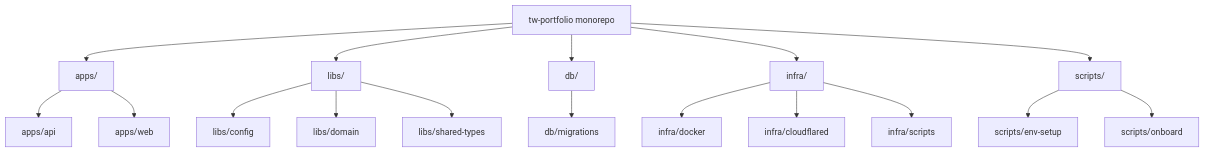
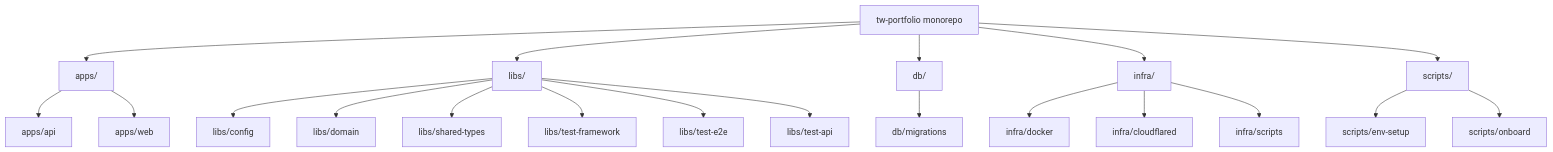
The first of 8 diagrams in docs/001-architecture/architecture.md (kzokv/tw-portfolio), drawn with Mermaid before and after one commit. The commit also changed other lines of this file and 15 other files, not shown here.

````diff
--- a/docs/001-architecture/architecture.md
+++ b/docs/001-architecture/architecture.md
@@ -9,25 +9,28 @@
 ```mermaid
 graph TD
   ROOT[tw-portfolio monorepo]
   ROOT --> APPS[apps/]
   ROOT --> LIBS[libs/]
   ROOT --> DB[db/]
   ROOT --> INFRA[infra/]
   ROOT --> SCRIPTS[scripts/]
 
   APPS --> API[apps/api]
   APPS --> WEB[apps/web]
 
   LIBS --> CONFIG[libs/config]
   LIBS --> DOMAIN[libs/domain]
   LIBS --> SHARED[libs/shared-types]
+  LIBS --> TF[libs/test-framework]
+  LIBS --> TE[libs/test-e2e]
+  LIBS --> TA[libs/test-api]
 
   DB --> MIGRATIONS[db/migrations]
 
   INFRA --> DOCKER[infra/docker]
   INFRA --> CLOUDFLARED[infra/cloudflared]
   INFRA --> DEPLOY_SCRIPTS[infra/scripts]
 
   SCRIPTS --> ENV_SETUP[scripts/env-setup]
   SCRIPTS --> ONBOARD[scripts/onboard]
 ```
````
